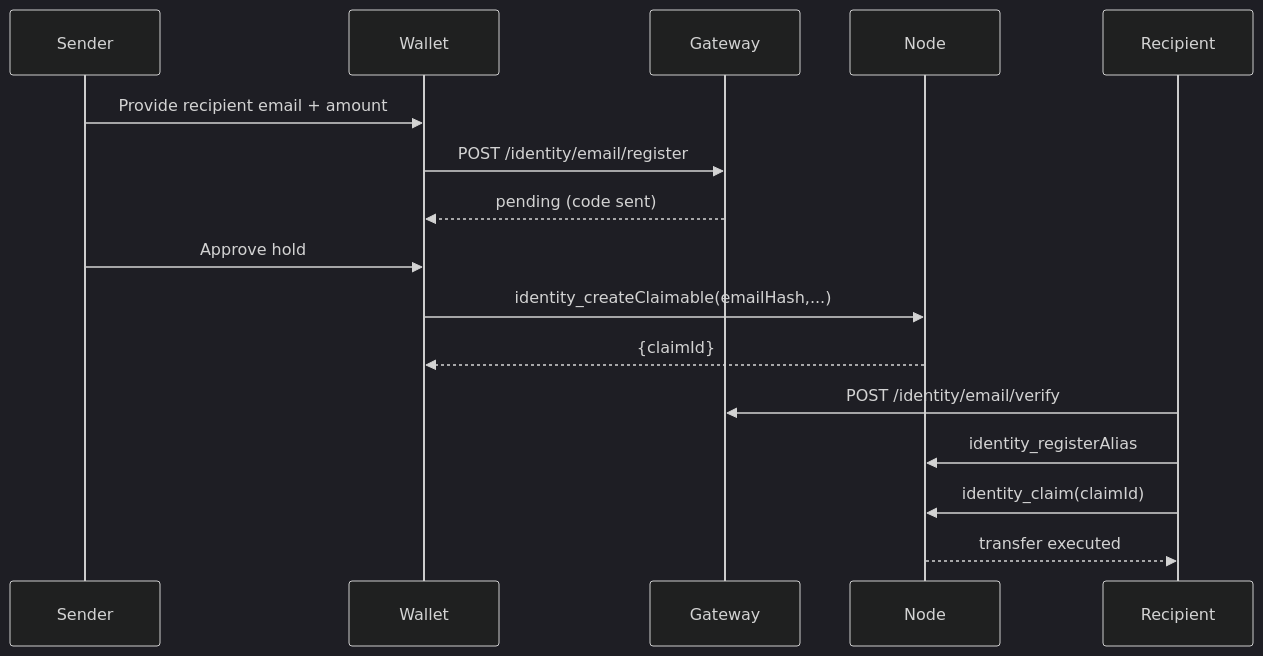
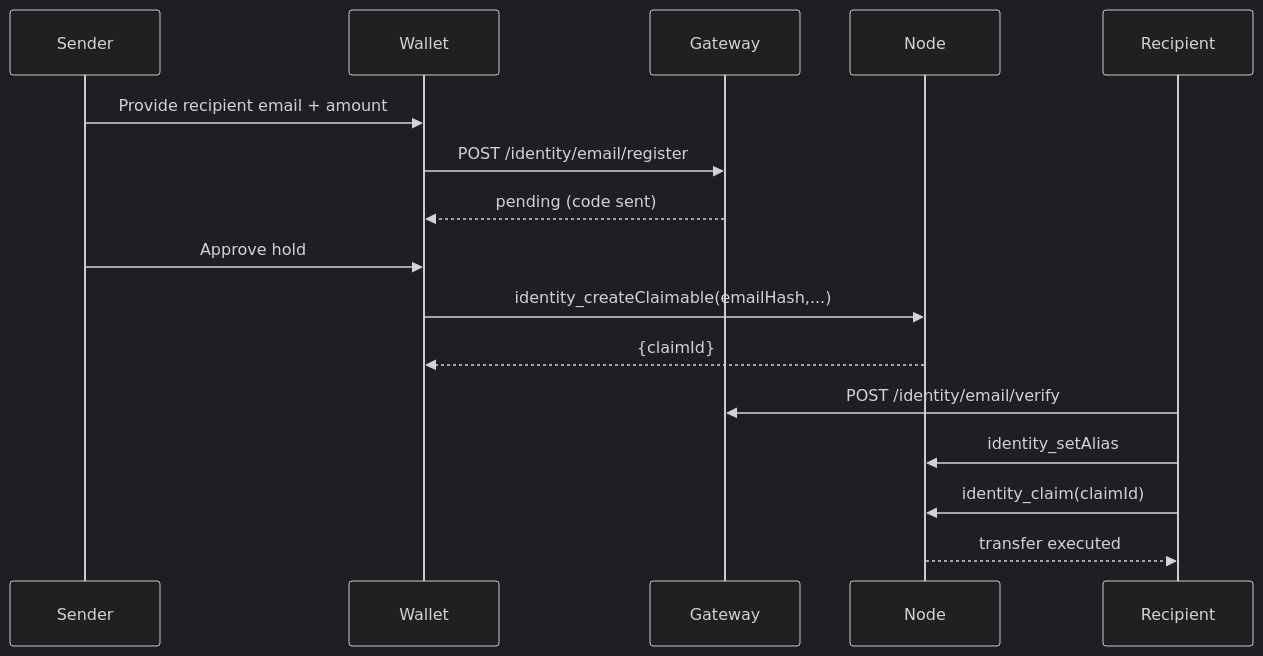
One commit to josephblackelite/nhbchain changed the second of 2 diagrams in docs/identity/pay-by-username.md. Above: the diagram before and after it, drawn with Mermaid (dark theme). The commit also changed other lines of this file and 60 other files, not shown here.

````diff
--- a/docs/identity/pay-by-username.md
+++ b/docs/identity/pay-by-username.md
@@ -61,17 +61,17 @@
 ```mermaid
 sequenceDiagram
   participant Sender
   participant Wallet
   participant Gateway
   participant Node
   Sender->>Wallet: Provide recipient email + amount
   Wallet->>Gateway: POST /identity/email/register
   Gateway-->>Wallet: pending (code sent)
   Sender->>Wallet: Approve hold
   Wallet->>Node: identity_createClaimable(emailHash,...)
   Node-->>Wallet: {claimId}
   Recipient->>Gateway: POST /identity/email/verify
-  Recipient->>Node: identity_registerAlias
+  Recipient->>Node: identity_setAlias
   Recipient->>Node: identity_claim(claimId)
   Node-->>Recipient: transfer executed
 ```
````
